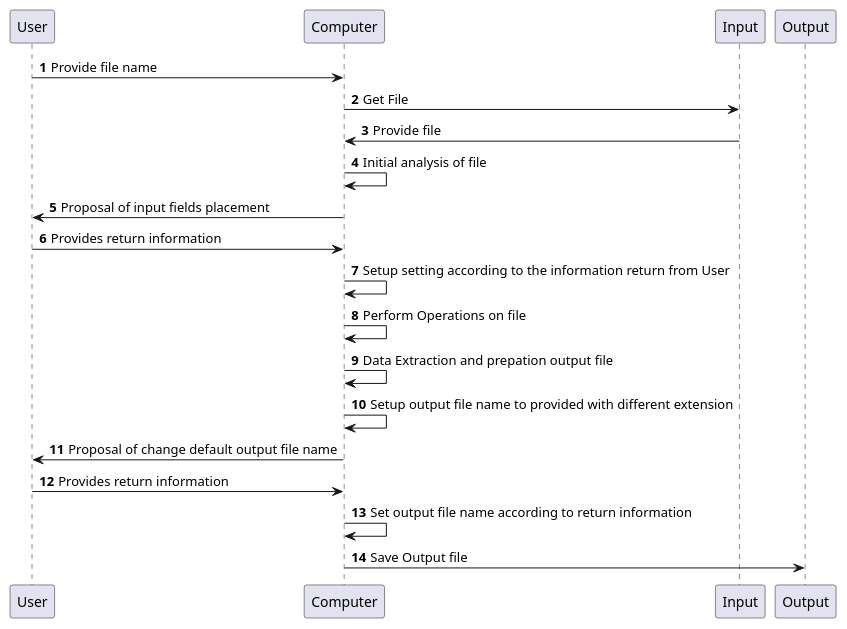
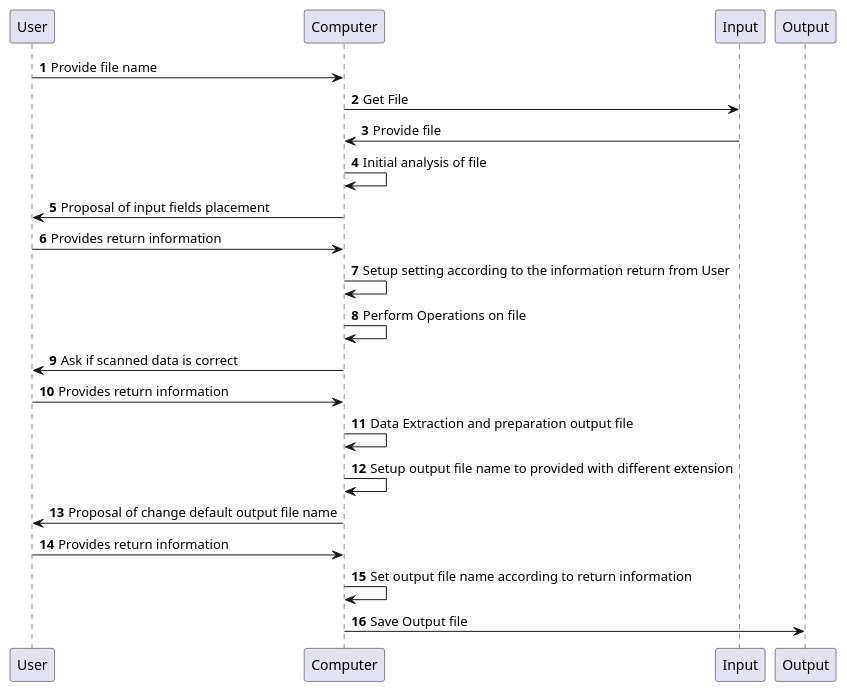
The diagram in UML/SequenceDiagram.puml (209450/ImageDataToExcel), drawn with PlantUML before and after one commit. The commit also changed 1 other file, not shown here.

Commit message:
Added activity diagram "Ask if scanned data is correct"

```diff
--- a/UML/SequenceDiagram.puml
+++ b/UML/SequenceDiagram.puml
@@ -1,21 +1,23 @@
 @startuml
 'https://plantuml.com/sequence-diagram
 
 autonumber
 
 User -> Computer: Provide file name
 Computer -> Input: Get File
 Input -> Computer: Provide file
 Computer -> Computer: Initial analysis of file
 Computer -> User: Proposal of input fields placement
 User -> Computer: Provides return information
 Computer -> Computer: Setup setting according to the information return from User
 Computer -> Computer: Perform Operations on file
-Computer -> Computer: Data Extraction and prepation output file
+Computer -> User: Ask if scanned data is correct
+User -> Computer: Provides return information
+Computer -> Computer: Data Extraction and preparation output file
 Computer -> Computer: Setup output file name to provided with different extension
 Computer -> User: Proposal of change default output file name
 User -> Computer: Provides return information
 Computer -> Computer: Set output file name according to return information
 Computer -> Output: Save Output file
 
 @enduml
```
